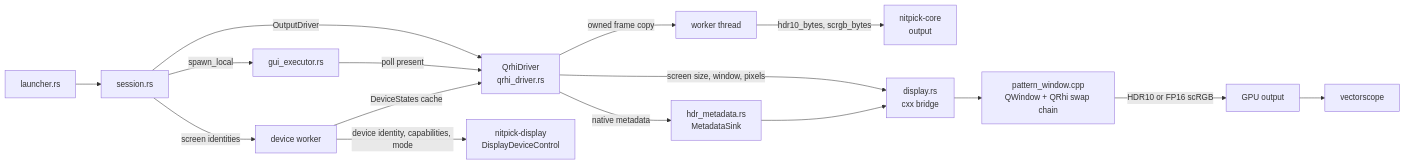
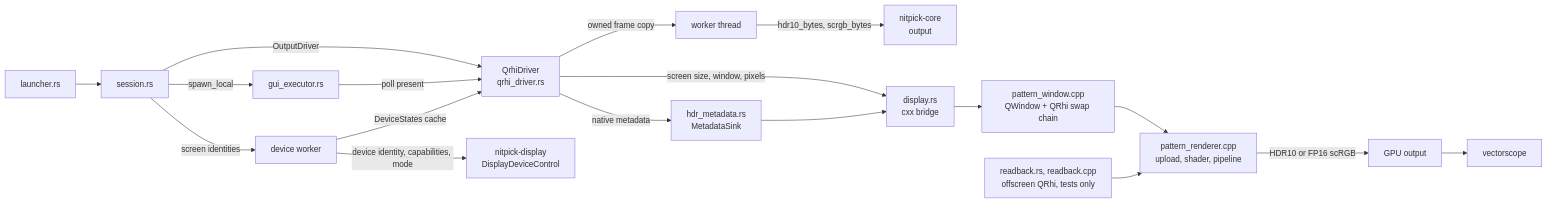
The first of 2 diagrams in doc/design/output_driver/qt.md (Jamesits/nitpick), drawn with Mermaid before and after one commit. The commit also changed other lines of this file and 14 other files, not shown here.

Commit message:
test(app): verify QRhi offscreen draw readback against CPU output

````diff
--- a/doc/design/output_driver/qt.md
+++ b/doc/design/output_driver/qt.md
@@ -7,15 +7,17 @@
 ```mermaid
 graph LR
     L[launcher.rs] --> S[session.rs]
     S -->|OutputDriver| Q[QrhiDriver<br/>qrhi_driver.rs]
     S -->|spawn_local| E[gui_executor.rs] -->|poll present| Q
     S -->|screen identities| R[device worker] -->|DeviceStates cache| Q
     Q -->|owned frame copy| J[worker thread]
     J -->|hdr10_bytes, scrgb_bytes| O
     O[nitpick-core<br/>output]
     Q -->|screen size, window, pixels| D[display.rs<br/>cxx bridge]
     Q -->|native metadata| M[hdr_metadata.rs<br/>MetadataSink] --> D
     R -->|device identity, capabilities, mode| N[nitpick-display<br/>DisplayDeviceControl]
     D --> W[pattern_window.cpp<br/>QWindow + QRhi swap chain]
-    W -->|HDR10 or FP16 scRGB| GPU[GPU output] --> Scope[vectorscope]
+    W --> PR[pattern_renderer.cpp<br/>upload, shader, pipeline]
+    PR -->|HDR10 or FP16 scRGB| GPU[GPU output] --> Scope[vectorscope]
+    RB[readback.rs, readback.cpp<br/>offscreen QRhi, tests only] --> PR
 ```
````
